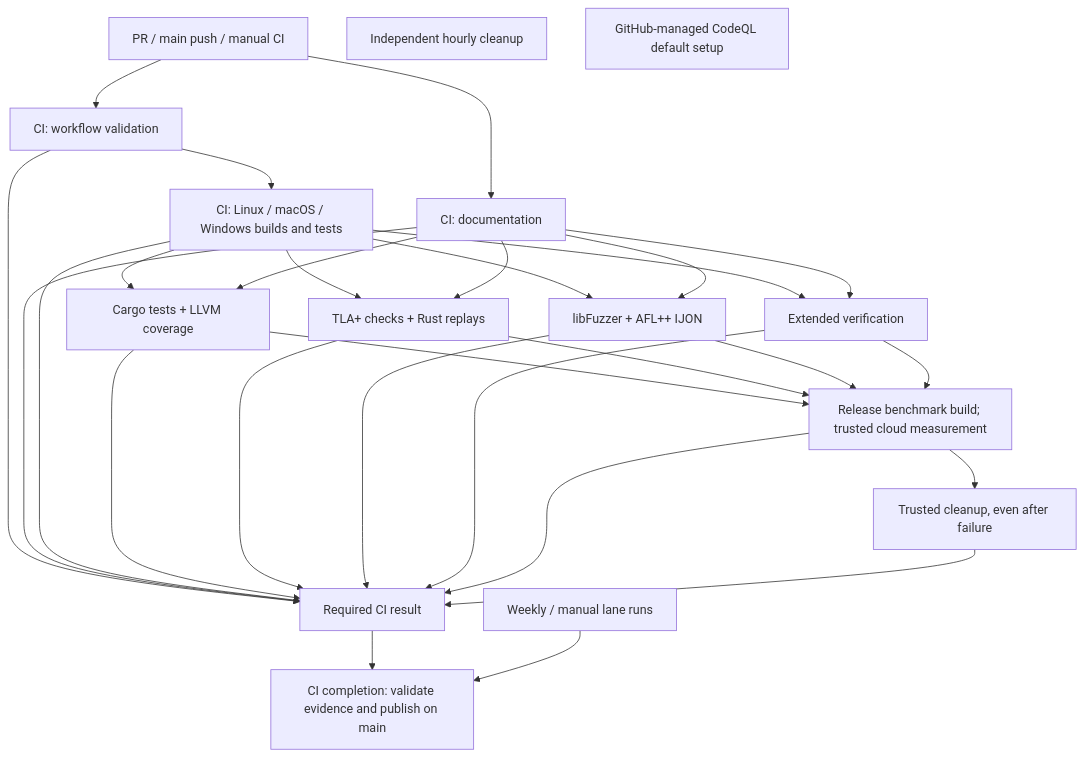
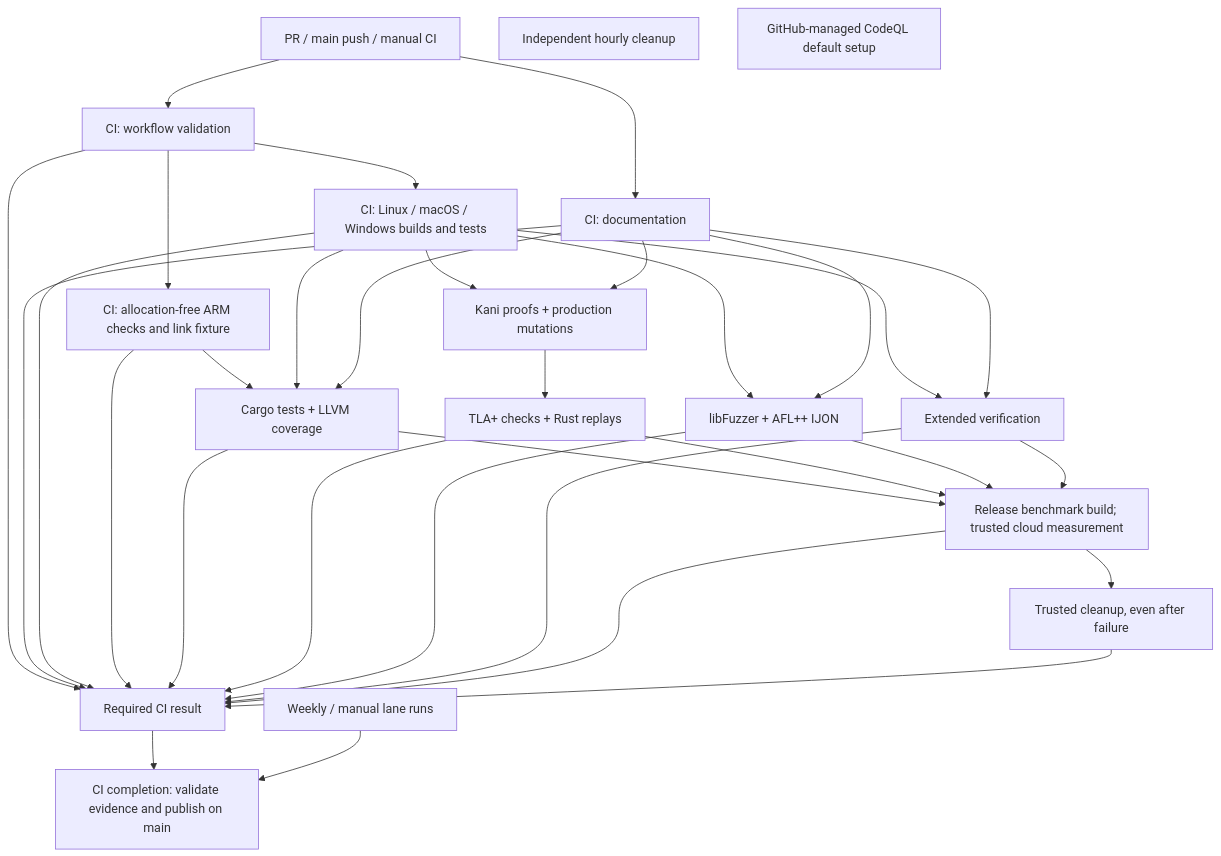
The diagram in docs/wiki/Quality-and-Benchmarks.md (DericHuynh/capntproto), drawn with Mermaid before and after one commit. The commit also changed other lines of this file and 496 other files, not shown here.

````diff
--- a/docs/wiki/Quality-and-Benchmarks.md
+++ b/docs/wiki/Quality-and-Benchmarks.md
@@ -98,18 +100,21 @@
 ```mermaid
 flowchart TD
   event[PR / main push / manual CI] --> checks[CI: workflow validation]
   event --> docs[CI: documentation]
   checks --> platforms[CI: Linux / macOS / Windows builds and tests]
+  checks --> portable[CI: allocation-free ARM checks and link fixture]
+  portable --> cargo
   platforms --> cargo[Cargo tests + LLVM coverage]
-  platforms --> models[TLA+ checks + Rust replays]
+  platforms --> kani[Kani proofs + production mutations]
+  kani --> models[TLA+ checks + Rust replays]
   platforms --> fuzz[libFuzzer + AFL++ IJON]
   platforms --> extended[Extended verification]
-  docs --> cargo & models & fuzz & extended
+  docs --> cargo & kani & fuzz & extended
   cargo & models & fuzz & extended --> benchmark[Release benchmark build; trusted cloud measurement]
   benchmark --> cleanup[Trusted cleanup, even after failure]
-  checks & docs & platforms & cargo & models & fuzz & extended & benchmark & cleanup --> result[Required CI result]
+  checks & docs & platforms & portable & cargo & models & fuzz & extended & benchmark & cleanup --> result[Required CI result]
   result --> publish[CI completion: validate evidence and publish on main]
   standalone[Weekly / manual lane runs] --> publish
   janitor[Independent hourly cleanup]
   codeql[GitHub-managed CodeQL default setup]
 ```
````
